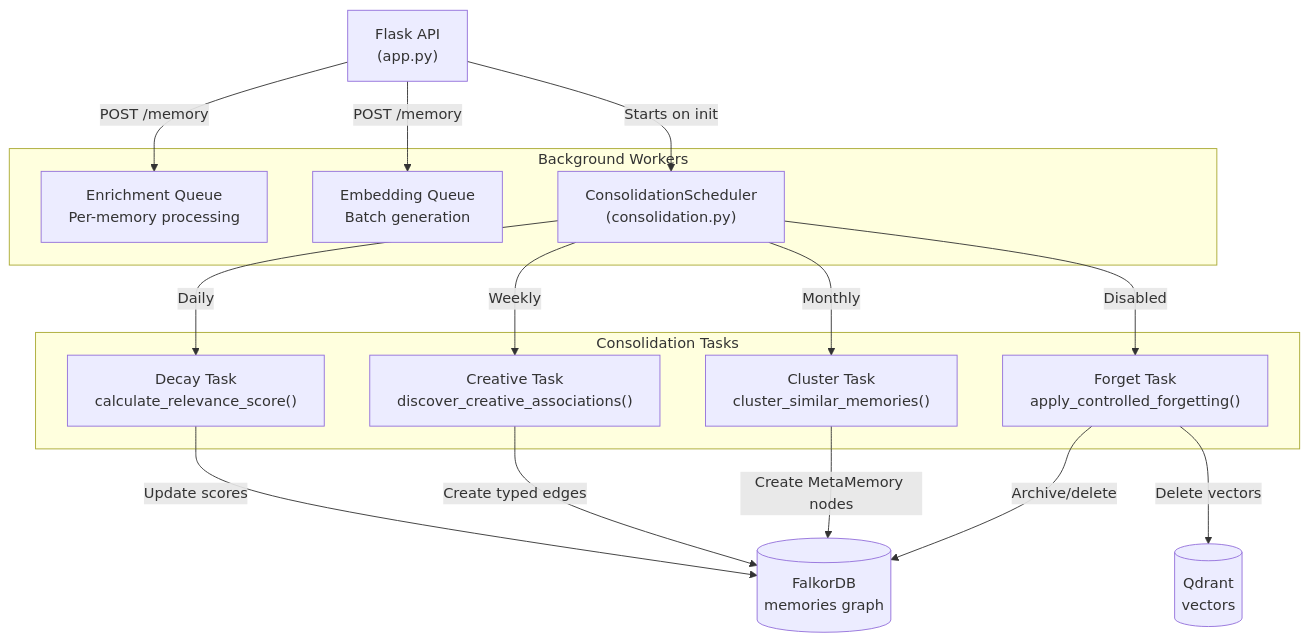
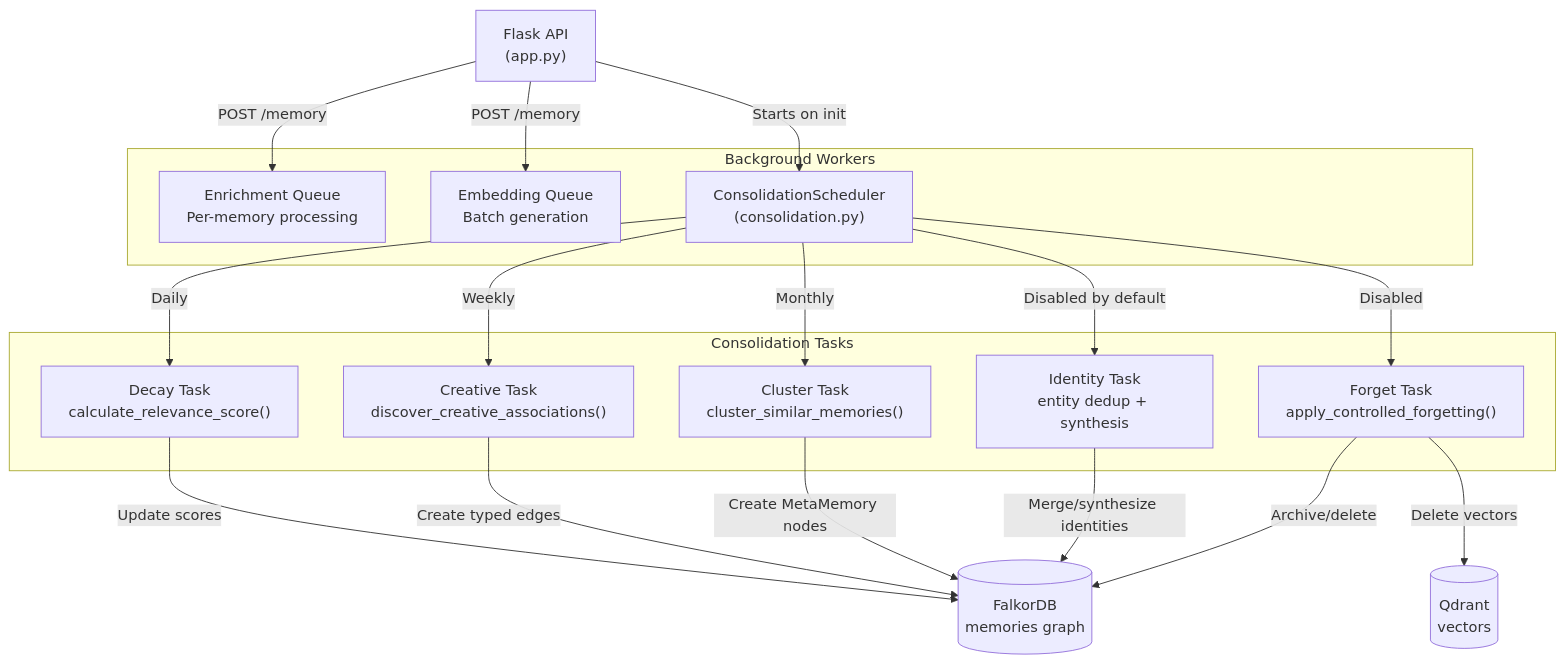
The first of 5 diagrams in src/content/docs/docs/core-concepts/consolidation.md (verygoodplugins/automem-website), drawn with Mermaid before and after one commit. The commit also changed other lines of this file, not shown here.

````diff
--- a/src/content/docs/docs/core-concepts/consolidation.md
+++ b/src/content/docs/docs/core-concepts/consolidation.md
@@ -34,35 +36,38 @@
 ```mermaid
 graph TB
     API["Flask API<br/>(app.py)"]
 
     subgraph "Background Workers"
         EnrichQ["Enrichment Queue<br/>Per-memory processing"]
         EmbedQ["Embedding Queue<br/>Batch generation"]
         Sched["ConsolidationScheduler<br/>(consolidation.py)"]
     end
 
     subgraph "Consolidation Tasks"
         Decay["Decay Task<br/>calculate_relevance_score()"]
         Creative["Creative Task<br/>discover_creative_associations()"]
         Cluster["Cluster Task<br/>cluster_similar_memories()"]
+        Identity["Identity Task<br/>entity dedup + synthesis"]
         Forget["Forget Task<br/>apply_controlled_forgetting()"]
     end
 
     Falkor[("FalkorDB<br/>memories graph")]
     Qdrant[("Qdrant<br/>vectors")]
 
     API -->|"POST /memory"| EnrichQ
     API -->|"POST /memory"| EmbedQ
     API -->|"Starts on init"| Sched
 
     Sched -->|"Daily"| Decay
     Sched -->|"Weekly"| Creative
     Sched -->|"Monthly"| Cluster
+    Sched -->|"Disabled by default"| Identity
     Sched -->|"Disabled"| Forget
 
     Decay -->|"Update scores"| Falkor
     Creative -->|"Create typed edges"| Falkor
     Cluster -->|"Create MetaMemory nodes"| Falkor
+    Identity -->|"Merge/synthesize identities"| Falkor
     Forget -->|"Archive/delete"| Falkor
     Forget -->|"Delete vectors"| Qdrant
 ```
````
